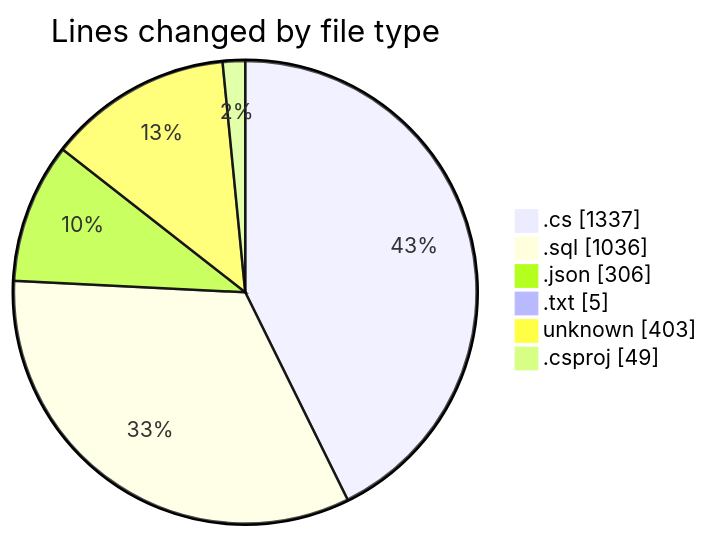
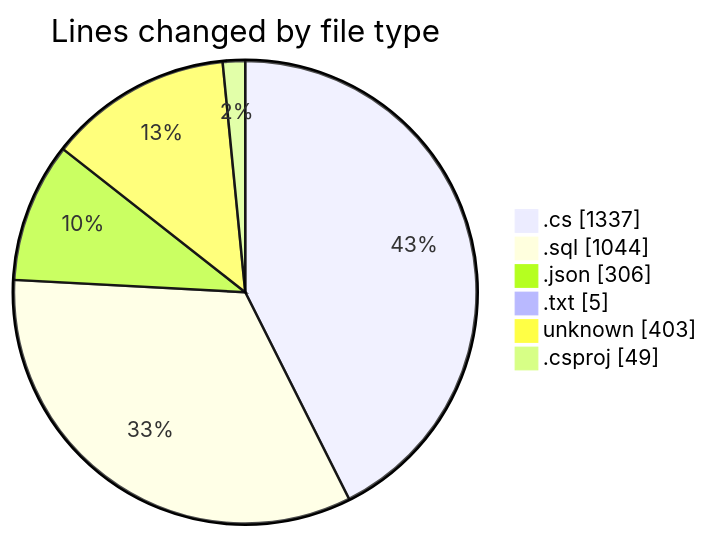
Before and after one commit to Netris89/code-tracking: the first of 2 diagrams in 2025-04-04/back-end/README.md, drawn with Mermaid. The commit also changed other lines of this file and 1 other file, not shown here.

````diff
--- a/2025-04-04/back-end/README.md
+++ b/2025-04-04/back-end/README.md
@@ -33,10 +33,10 @@
 ```mermaid
 pie showData
 title Lines changed by file type
 ".cs" : 1337
-".sql" : 1036
+".sql" : 1044
 ".json" : 306
 ".txt" : 5
 "unknown" : 403
 ".csproj" : 49
 ```
````
